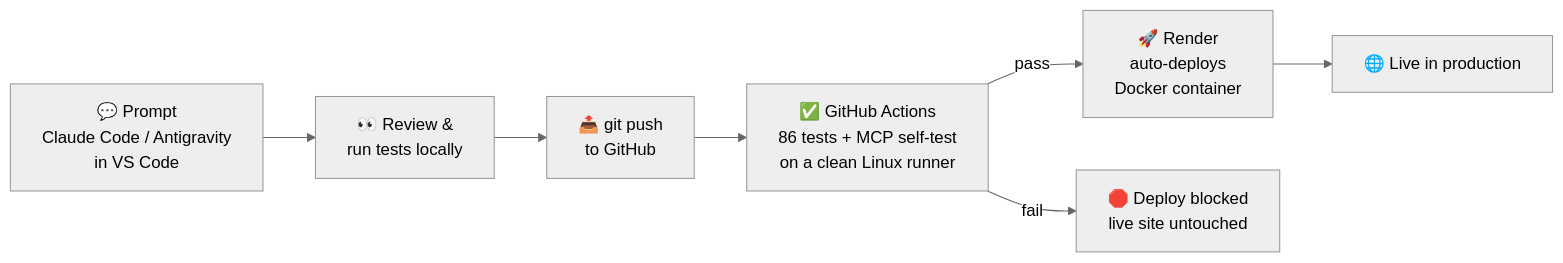
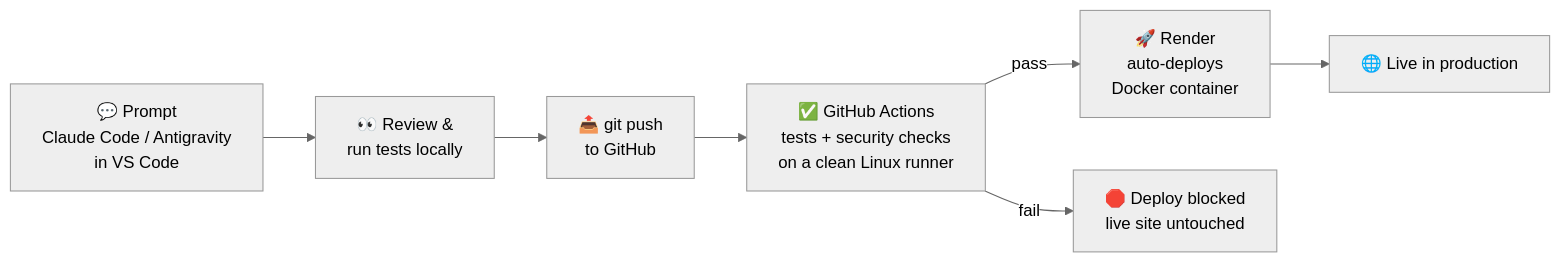
One commit to BBSISK/BBSISK changed the diagram in README.md. Above: the diagram before and after it, drawn with Mermaid (neutral theme). The commit also changed other lines of this file, not shown here.

````diff
--- a/README.md
+++ b/README.md
@@ -18,9 +27,9 @@
 ```mermaid
 flowchart LR
     A["💬 Prompt<br/>Claude Code / Antigravity<br/>in VS Code"] --> B["👀 Review &<br/>run tests locally"]
     B --> C["📤 git push<br/>to GitHub"]
-    C --> D["✅ GitHub Actions<br/>86 tests + MCP self-test<br/>on a clean Linux runner"]
+    C --> D["✅ GitHub Actions<br/>tests + security checks<br/>on a clean Linux runner"]
     D -- pass --> E["🚀 Render<br/>auto-deploys<br/>Docker container"]
     D -- fail --> F["🛑 Deploy blocked<br/>live site untouched"]
     E --> G["🌐 Live in production"]
 ```
````
